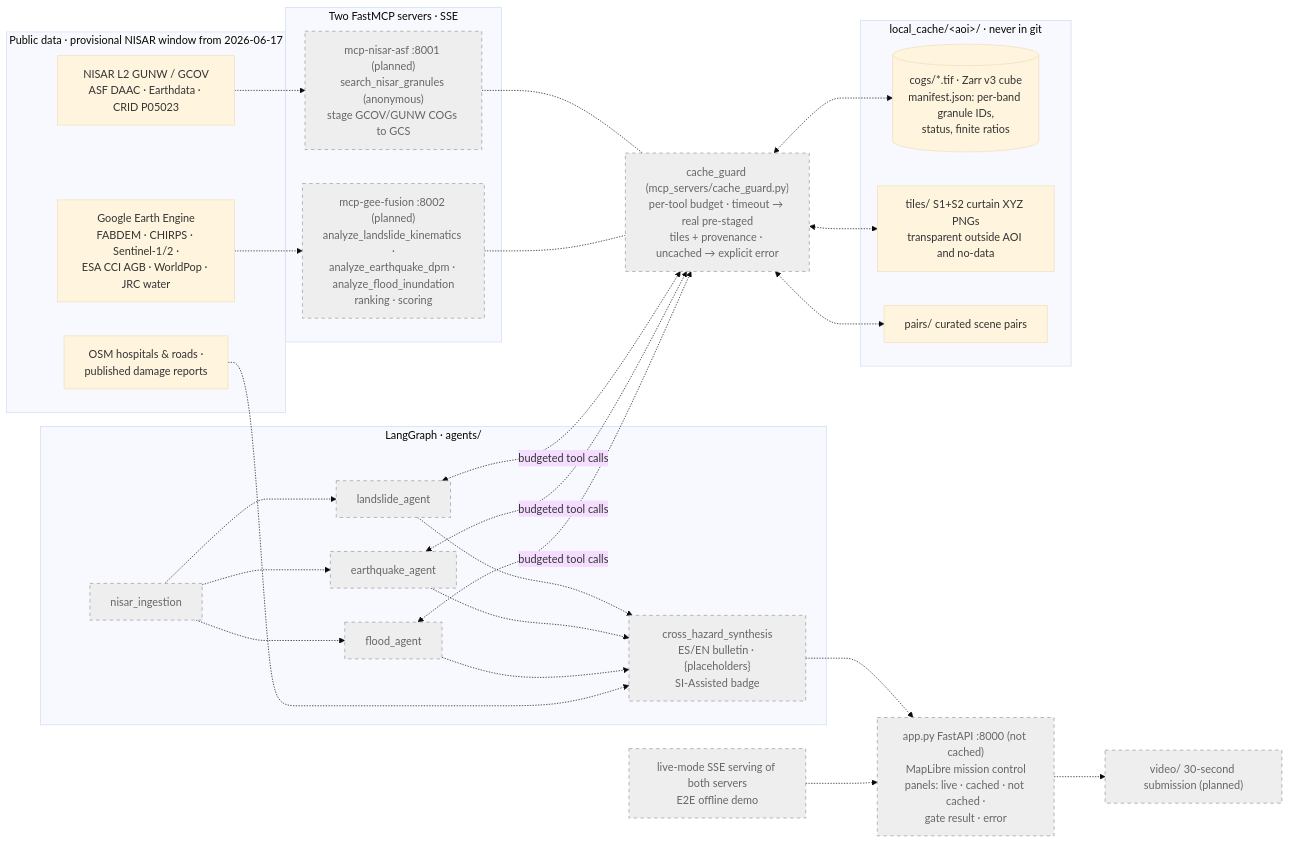
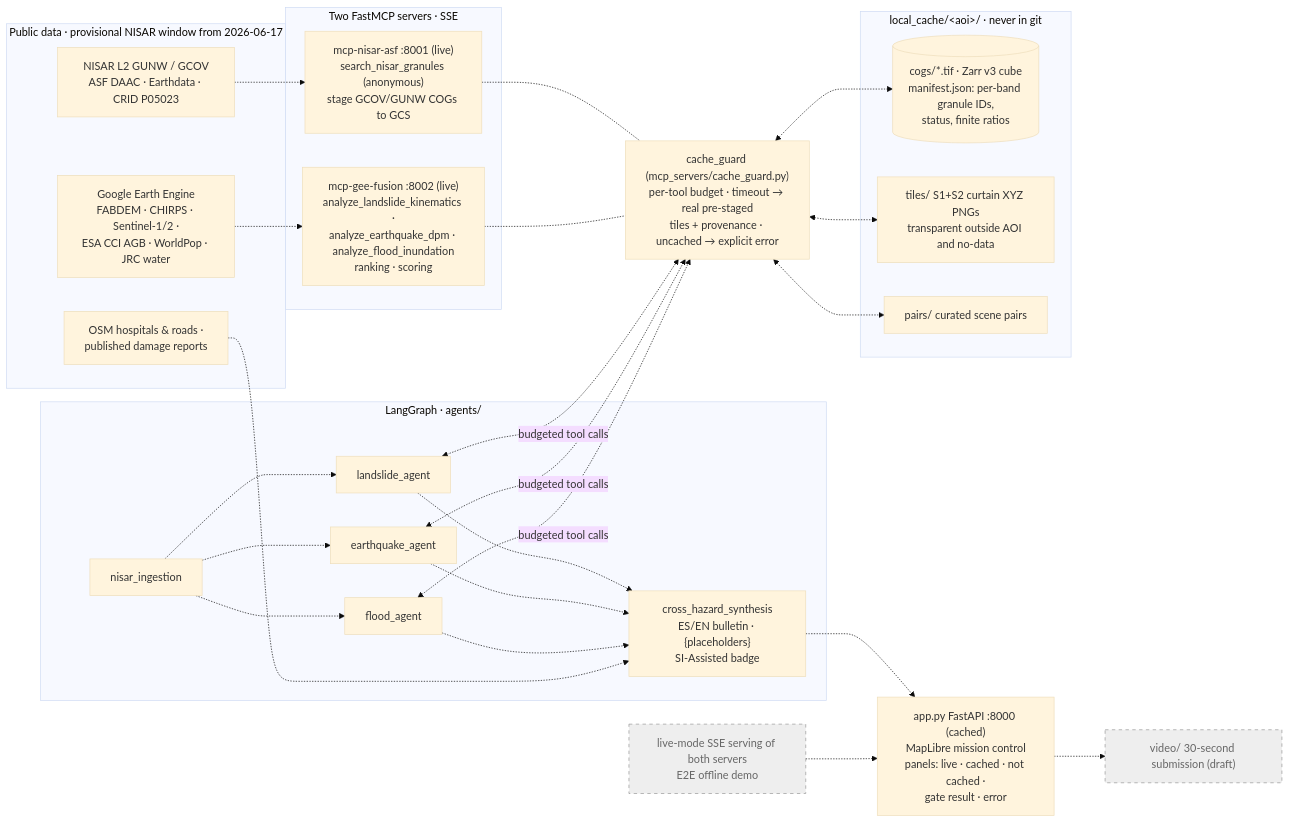
One commit to NASA-Space-Apps-Challenge-two-left-feet/surface_tango changed the first of 3 diagrams in README.md. Above: the diagram before and after it, drawn with Mermaid (base theme). The commit also changed other lines of this file and 1 other file, not shown here.

Commit message:
docs(video): speak the L-vs-C miss number + fix README diagram states
LLM-council P0 demo polish (deadline today). The 30 s narration spoke "missed
some of the open water" while the on-screen card had the real figure — the
measured money line was never said aloud.

- video/storyboard.md (0:15-0:21): narration now speaks "Sentinel-1 missed
  3,351 of 4,946 open-water pixels NISAR saw — a median of 0.64 across ten
  dates"; the card adds the 10-date median (0.64, measured, PROVISIONAL,
  uncalibrated) so the single-date July number can't read as cherry-picked.
  Numbers match reports/mojana_lvsc.md (median 0.641046; 3351/4946 on
  2026-07-11). Storyboard tests green.
- README.md architecture diagram: the whole graph was styled grey "planned"
  while the Status table shows MCP live, the LangGraph graph live and the UI
  cached. Relabel M1/M2 (planned->live), UI (not cached->cached), VIDEO
  (planned->draft) and scope the pending class to the unfinished pieces only
  (final video cut + E2E live demo). Label fixes only; no redraw.

Refs: #102

````diff
--- a/README.md
+++ b/README.md
@@ -100,42 +100,42 @@
 ```mermaid
 flowchart LR
     subgraph DATA["Public data · provisional NISAR window from 2026-06-17"]
         NISAR["NISAR L2 GUNW / GCOV<br/>ASF DAAC · Earthdata · CRID P05023"]
         GEE["Google Earth Engine<br/>FABDEM · CHIRPS · Sentinel-1/2 ·<br/>ESA CCI AGB · WorldPop · JRC water"]
         PUB["OSM hospitals & roads ·<br/>published damage reports"]
     end
     subgraph SERVERS["Two FastMCP servers · SSE"]
-        M1["mcp-nisar-asf :8001 (planned)<br/>search_nisar_granules (anonymous)<br/>stage GCOV/GUNW COGs to GCS"]
-        M2["mcp-gee-fusion :8002 (planned)<br/>analyze_landslide_kinematics ·<br/>analyze_earthquake_dpm · analyze_flood_inundation<br/>ranking · scoring"]
+        M1["mcp-nisar-asf :8001 (live)<br/>search_nisar_granules (anonymous)<br/>stage GCOV/GUNW COGs to GCS"]
+        M2["mcp-gee-fusion :8002 (live)<br/>analyze_landslide_kinematics ·<br/>analyze_earthquake_dpm · analyze_flood_inundation<br/>ranking · scoring"]
     end
     GUARD["cache_guard (mcp_servers/cache_guard.py)<br/>per-tool budget · timeout → real pre-staged<br/>tiles + provenance · uncached → explicit error"]
     subgraph GRAPH["LangGraph · agents/"]
         IN["nisar_ingestion"]
         L["landslide_agent"]
         Q["earthquake_agent"]
         F["flood_agent"]
         S["cross_hazard_synthesis<br/>ES/EN bulletin · {placeholders}<br/>SI-Assisted badge"]
     end
     subgraph CACHE["local_cache/&lt;aoi&gt;/ · never in git"]
         ZARR[("cogs/*.tif · Zarr v3 cube<br/>manifest.json: per-band granule IDs,<br/>status, finite ratios")]
         TILES["tiles/ S1+S2 curtain XYZ PNGs<br/>transparent outside AOI and no-data"]
         PAIRS["pairs/ curated scene pairs"]
     end
-    UI["app.py FastAPI :8000 (not cached)<br/>MapLibre mission control<br/>panels: live · cached · not cached ·<br/>gate result · error"]
-    VIDEO["video/ 30-second submission (planned)"]
+    UI["app.py FastAPI :8000 (cached)<br/>MapLibre mission control<br/>panels: live · cached · not cached ·<br/>gate result · error"]
+    VIDEO["video/ 30-second submission (draft)"]
 
     NISAR -.-> M1
     GEE -.-> M2
     M1 -.- GUARD
     M2 -.- GUARD
     GUARD <-.-> ZARR & TILES & PAIRS
     IN -.-> L & Q & F
     L & Q & F <-.->|budgeted tool calls| GUARD
     L & Q & F -.-> S
     S -.-> UI
     PUB -.-> S
     UI -.-> VIDEO
     LIVE["live-mode SSE serving of both servers<br/>E2E offline demo"]:::pending -.-> UI
-    class M1,M2,GUARD,IN,L,Q,F,S,UI,VIDEO pending
+    class VIDEO pending
     classDef pending fill:#eee,stroke:#999,color:#666,stroke-dasharray:5 5
 ```
````
